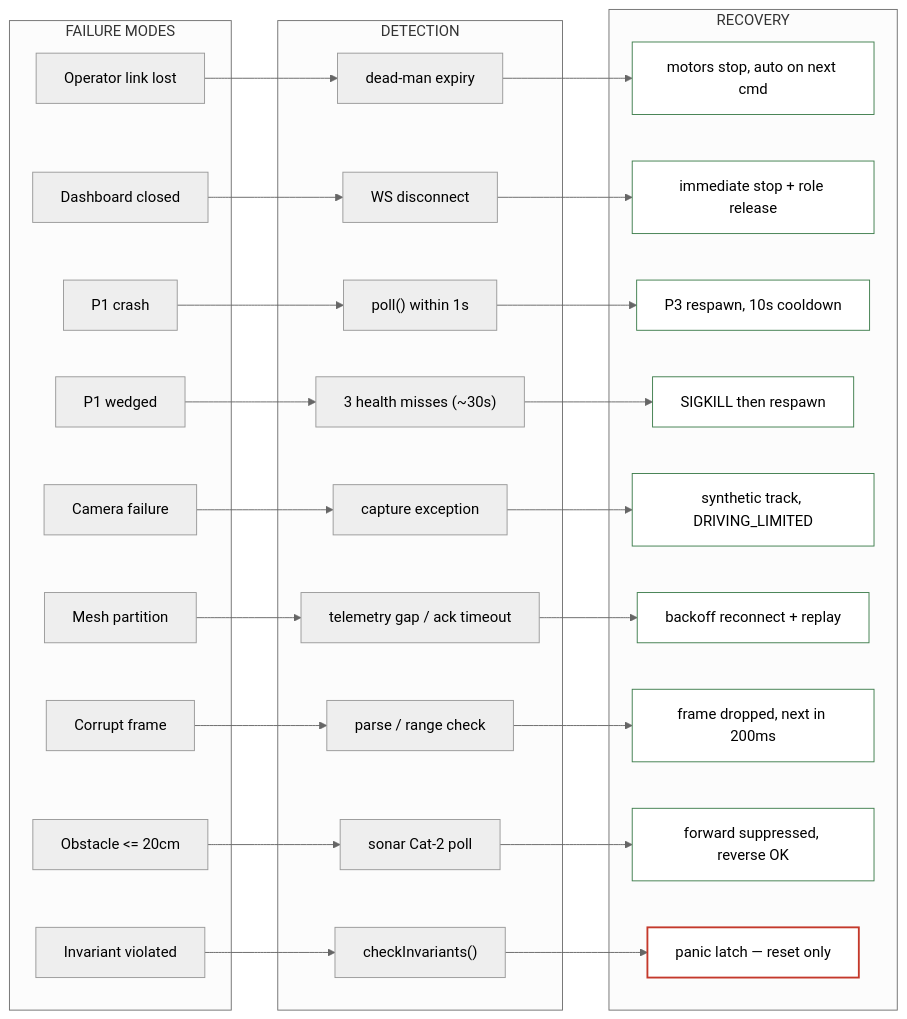
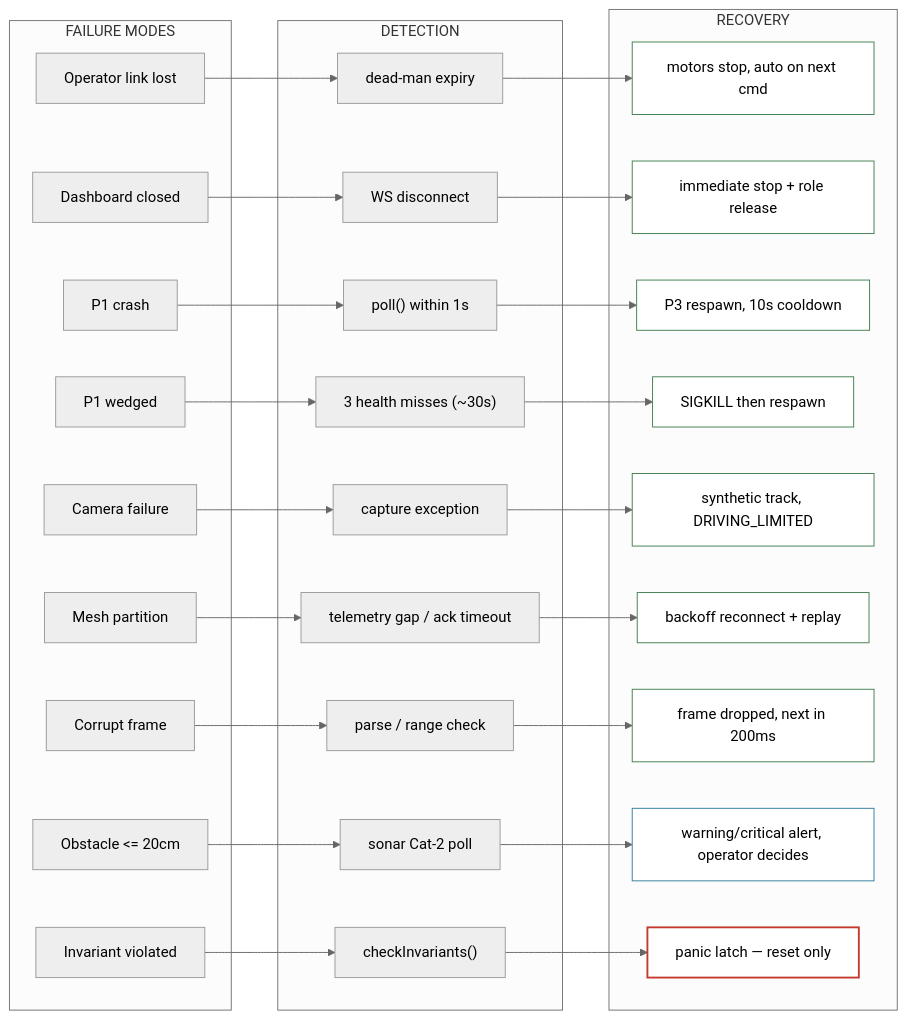
Diagram 11 of 13 in docs/ARCHITECTURE.md (baiust999/robort-code-from-pi), drawn with Mermaid (neutral theme) before and after one commit. The commit also changed other lines of this file and 27 other files, not shown here.

````diff
--- a/docs/ARCHITECTURE.md
+++ b/docs/ARCHITECTURE.md
@@ -451,53 +448,55 @@
 ```mermaid
 flowchart LR
     subgraph faults["FAILURE MODES"]
         f1["Operator link lost"]
         f2["Dashboard closed"]
         f3["P1 crash"]
         f4["P1 wedged"]
         f5["Camera failure"]
         f6["Mesh partition"]
         f7["Corrupt frame"]
         f8["Obstacle <= 20cm"]
         f9["Invariant violated"]
     end
 
     subgraph detect["DETECTION"]
         d1["dead-man expiry"]
         d2["WS disconnect"]
         d3["poll() within 1s"]
         d4["3 health misses (~30s)"]
         d5["capture exception"]
         d6["telemetry gap / ack timeout"]
         d7["parse / range check"]
         d8["sonar Cat-2 poll"]
         d9["checkInvariants()"]
     end
 
     subgraph recover["RECOVERY"]
         r1["motors stop, auto on next cmd"]
         r2["immediate stop + role release"]
         r3["P3 respawn, 10s cooldown"]
         r4["SIGKILL then respawn"]
         r5["synthetic track, DRIVING_LIMITED"]
         r6["backoff reconnect + replay"]
         r7["frame dropped, next in 200ms"]
-        r8["forward suppressed, reverse OK"]
+        r8["warning/critical alert, operator decides"]
         r9["panic latch — reset only"]
     end
 
     f1-->d1-->r1
     f2-->d2-->r2
     f3-->d3-->r3
     f4-->d4-->r4
     f5-->d5-->r5
     f6-->d6-->r6
     f7-->d7-->r7
     f8-->d8-->r8
     f9-->d9-->r9
 
     classDef auto fill:#fff,stroke:#3E7D4C;
     classDef manual fill:#fff,stroke:#C4392B,stroke-width:2px;
-    class r1,r2,r3,r4,r5,r6,r7,r8 auto;
+    classDef advisory fill:#fff,stroke:#2F7C9E;
+    class r1,r2,r3,r4,r5,r6,r7 auto;
     class r9 manual;
+    class r8 advisory;
 ```
````
